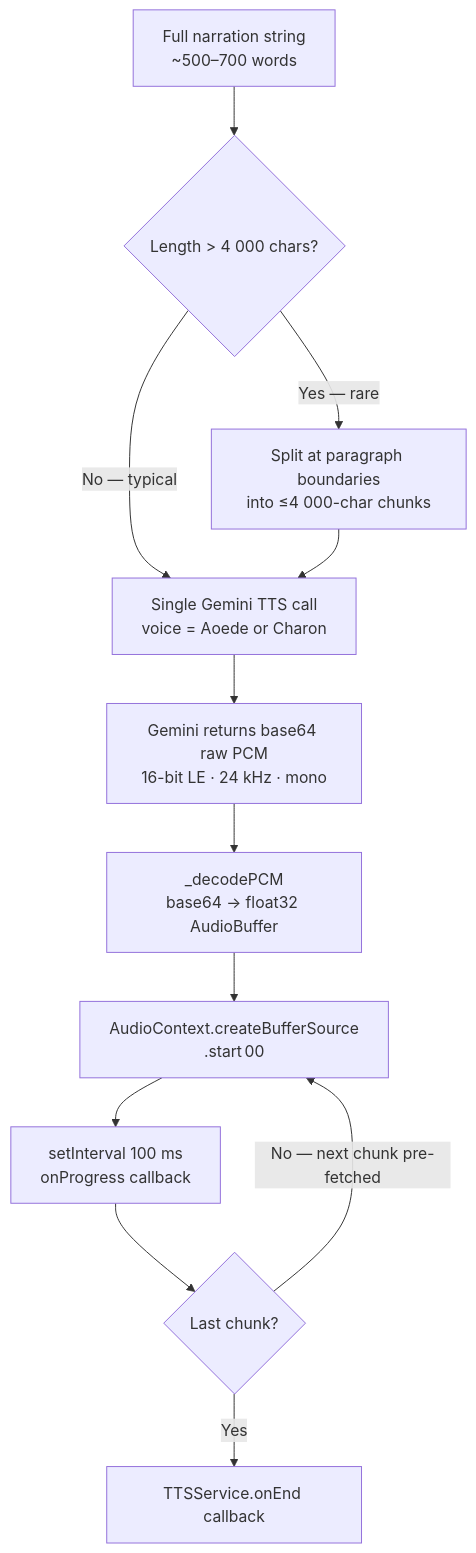
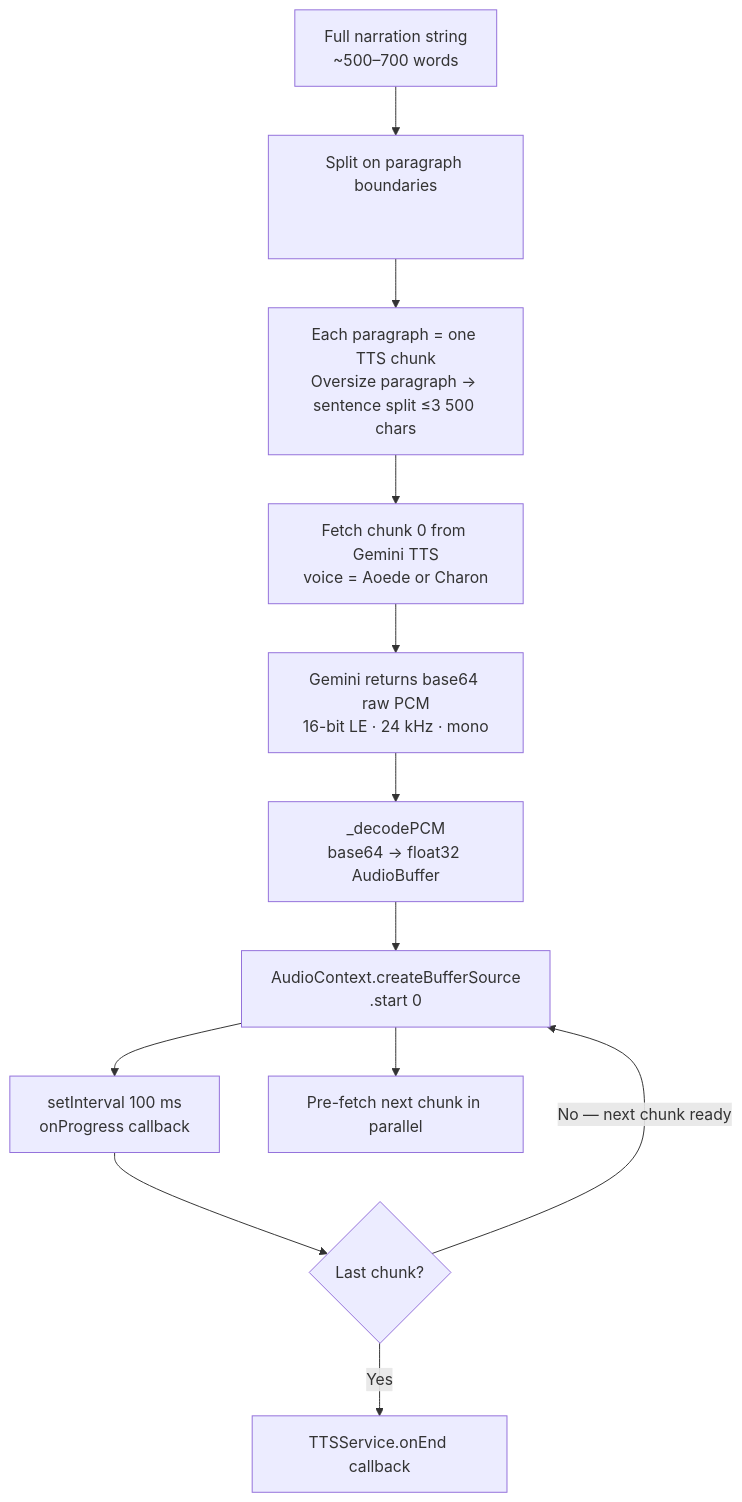
The eighth of 9 diagrams in docs/DATA_FLOW.md (arindal1/HeadlineFM-ext), drawn with Mermaid before and after one commit. The commit also changed other lines of this file and 21 other files, not shown here.

````diff
--- a/docs/DATA_FLOW.md
+++ b/docs/DATA_FLOW.md
@@ -209,14 +209,14 @@
 ```mermaid
 flowchart TD
-    A[Full narration string\n~500–700 words] --> B{Length > 4 000 chars?}
-    B -->|No — typical| C[Single Gemini TTS call\nvoice = Aoede or Charon]
-    B -->|Yes — rare| D[Split at paragraph boundaries\ninto ≤4 000-char chunks]
-    D --> C
-    C --> E[Gemini returns base64 raw PCM\n16-bit LE · 24 kHz · mono]
+    A[Full narration string\n~500–700 words] --> B[Split on paragraph boundaries\n\n\n]
+    B --> C[Each paragraph = one TTS chunk\nOversize paragraph → sentence split ≤3 500 chars]
+    C --> D[Fetch chunk 0 from Gemini TTS\nvoice = Aoede or Charon]
+    D --> E[Gemini returns base64 raw PCM\n16-bit LE · 24 kHz · mono]
     E --> F[_decodePCM\nbase64 → float32 AudioBuffer]
-    F --> G[AudioContext.createBufferSource\n.start 00]
+    F --> G[AudioContext.createBufferSource\n.start 0]
     G --> H[setInterval 100 ms\nonProgress callback]
+    G --> P[Pre-fetch next chunk in parallel]
     H --> I{Last chunk?}
-    I -->|No — next chunk pre-fetched| G
+    I -->|No — next chunk ready| G
     I -->|Yes| J[TTSService.onEnd callback]
 ```
````
